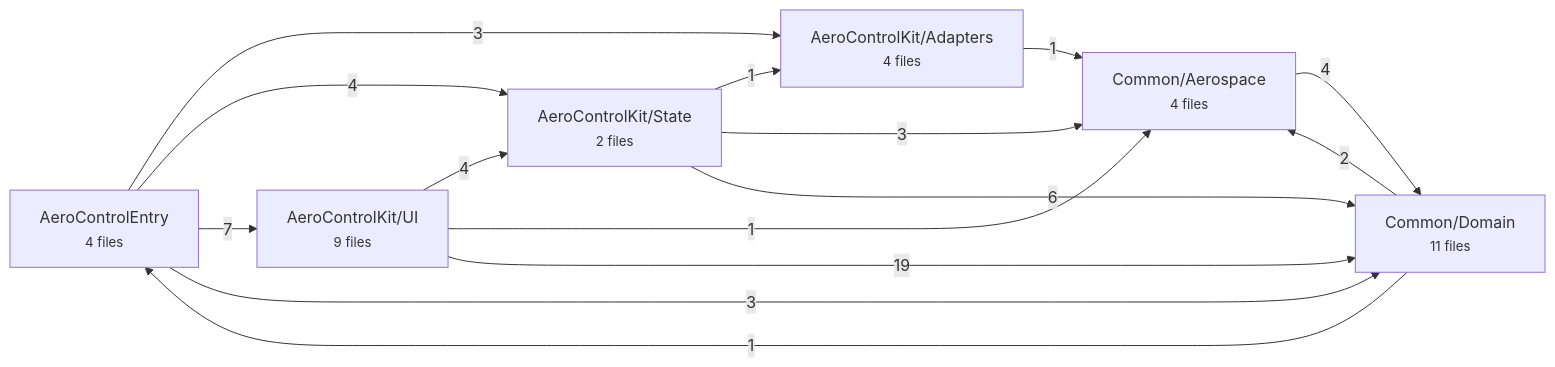
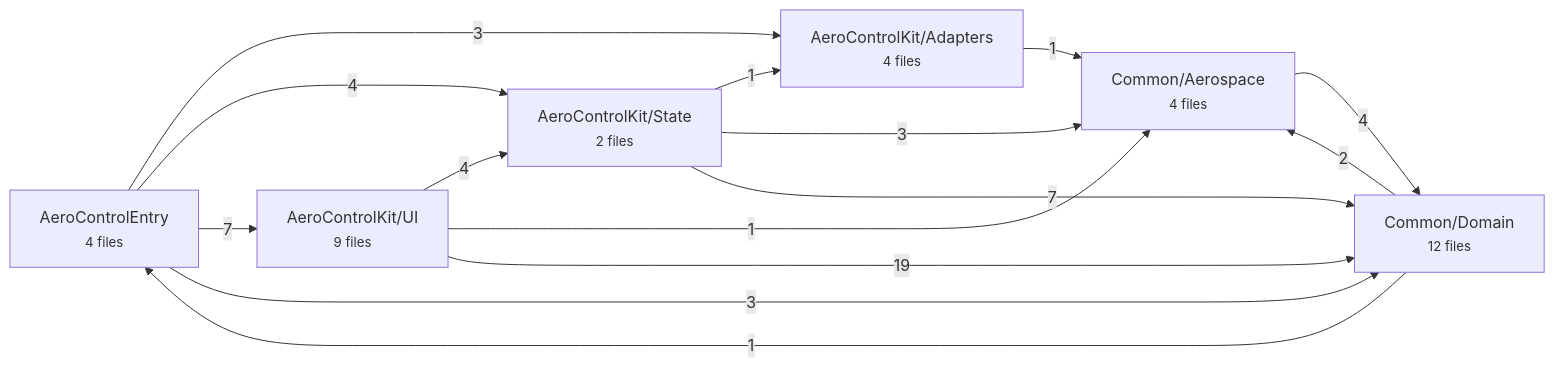
Before and after one commit to kim-raaschou/AeroControl: the second of 5 diagrams in docs/architecture.md, drawn with Mermaid. The commit also changed other lines of this file and 7 other files, not shown here.

````diff
--- a/docs/architecture.md
+++ b/docs/architecture.md
@@ -66,23 +67,23 @@
 ```mermaid
 flowchart LR
     Sources_AeroControlEntry["AeroControlEntry<br/><small>4 files</small>"]
     Sources_AeroControlKit_Adapters["AeroControlKit/Adapters<br/><small>4 files</small>"]
     Sources_AeroControlKit_State["AeroControlKit/State<br/><small>2 files</small>"]
     Sources_AeroControlKit_UI["AeroControlKit/UI<br/><small>9 files</small>"]
     Sources_Common_Aerospace["Common/Aerospace<br/><small>4 files</small>"]
-    Sources_Common_Domain["Common/Domain<br/><small>11 files</small>"]
+    Sources_Common_Domain["Common/Domain<br/><small>12 files</small>"]
     Sources_AeroControlEntry -->|3| Sources_AeroControlKit_Adapters
     Sources_AeroControlEntry -->|4| Sources_AeroControlKit_State
     Sources_AeroControlEntry -->|7| Sources_AeroControlKit_UI
     Sources_AeroControlEntry -->|3| Sources_Common_Domain
     Sources_AeroControlKit_Adapters -->|1| Sources_Common_Aerospace
     Sources_AeroControlKit_State -->|1| Sources_AeroControlKit_Adapters
     Sources_AeroControlKit_State -->|3| Sources_Common_Aerospace
-    Sources_AeroControlKit_State -->|6| Sources_Common_Domain
+    Sources_AeroControlKit_State -->|7| Sources_Common_Domain
     Sources_AeroControlKit_UI -->|4| Sources_AeroControlKit_State
     Sources_AeroControlKit_UI -->|1| Sources_Common_Aerospace
     Sources_AeroControlKit_UI -->|19| Sources_Common_Domain
     Sources_Common_Aerospace -->|4| Sources_Common_Domain
     Sources_Common_Domain -->|1| Sources_AeroControlEntry
     Sources_Common_Domain -->|2| Sources_Common_Aerospace
 ```
````
